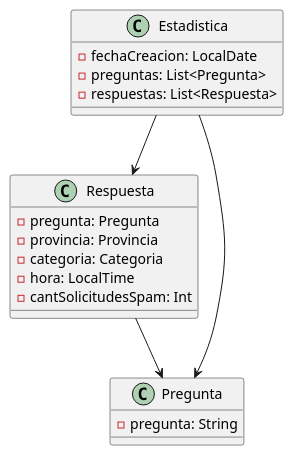
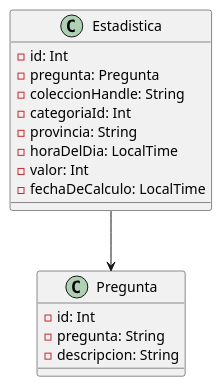
Before and after one commit to MarianelaBen/MetaMapa-Collaborative-System: the diagram in servicioEstadisticas/Diagrama de clases de servicio de estadisticas.puml, drawn with PlantUML. The commit also changed 62 other files, not shown here.

```diff
--- a/servicioEstadisticas/Diagrama de clases de servicio de estadisticas.puml
+++ b/servicioEstadisticas/Diagrama de clases de servicio de estadisticas.puml
@@ -1,24 +1,23 @@
 @startuml
 
 class Estadistica {
-    - fechaCreacion: LocalDate
-    - preguntas: List<Pregunta>
-    - respuestas: List<Respuesta>
-}
-
-class Respuesta {
+    - id: Int
     - pregunta: Pregunta
-    - provincia: Provincia
-    - categoria: Categoria
-    - hora: LocalTime
-    - cantSolicitudesSpam: Int
+    - coleccionHandle: String
+    - categoriaId: Int
+    - provincia: String
+    - horaDelDia: LocalTime
+    - valor: Int
+    - fechaDeCalculo: LocalTime
 }
 
 class Pregunta {
+    - id: Int
     - pregunta: String
+    - descripcion: String
 }
 
-Estadistica --> Respuesta
 Estadistica --> Pregunta
-Respuesta --> Pregunta
+
+
 @enduml
```
